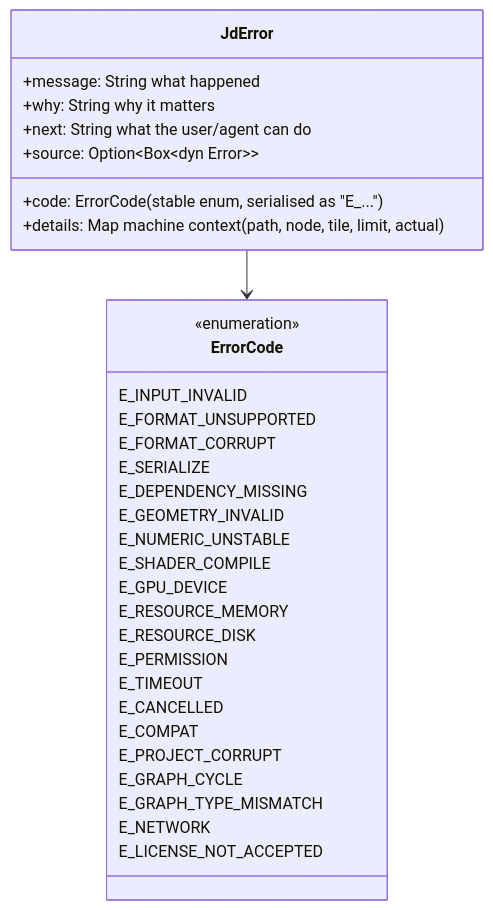
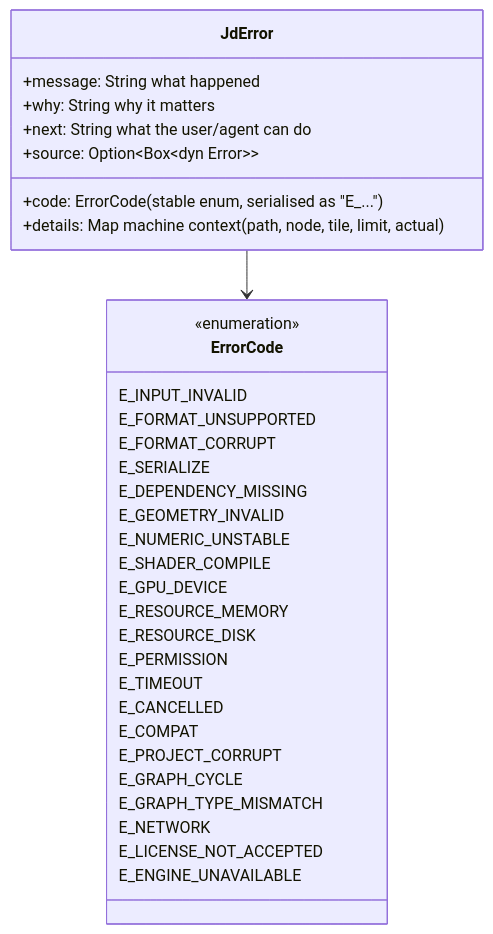
One commit to SeedeXR/jenga-dunia changed the diagram in docs/architecture/11-diagnostics.md. Above: the diagram before and after it, drawn with Mermaid. The commit also changed 23 other files, not shown here.

````diff
--- a/docs/architecture/11-diagnostics.md
+++ b/docs/architecture/11-diagnostics.md
@@ -24,35 +24,36 @@
 ```mermaid
 classDiagram
   class JdError {
     +code: ErrorCode (stable enum, serialised as "E_...")
     +message: String  what happened
     +why: String      why it matters
     +next: String     what the user/agent can do
     +details: Map     machine context (path, node, tile, limit, actual)
     +source: Option~Box~dyn Error~~
   }
   class ErrorCode {
     <<enumeration>>
     E_INPUT_INVALID
     E_FORMAT_UNSUPPORTED
     E_FORMAT_CORRUPT
     E_SERIALIZE
     E_DEPENDENCY_MISSING
     E_GEOMETRY_INVALID
     E_NUMERIC_UNSTABLE
     E_SHADER_COMPILE
     E_GPU_DEVICE
     E_RESOURCE_MEMORY
     E_RESOURCE_DISK
     E_PERMISSION
     E_TIMEOUT
     E_CANCELLED
     E_COMPAT
     E_PROJECT_CORRUPT
     E_GRAPH_CYCLE
     E_GRAPH_TYPE_MISMATCH
     E_NETWORK
     E_LICENSE_NOT_ACCEPTED
+    E_ENGINE_UNAVAILABLE
   }
   JdError --> ErrorCode
 ```
````
